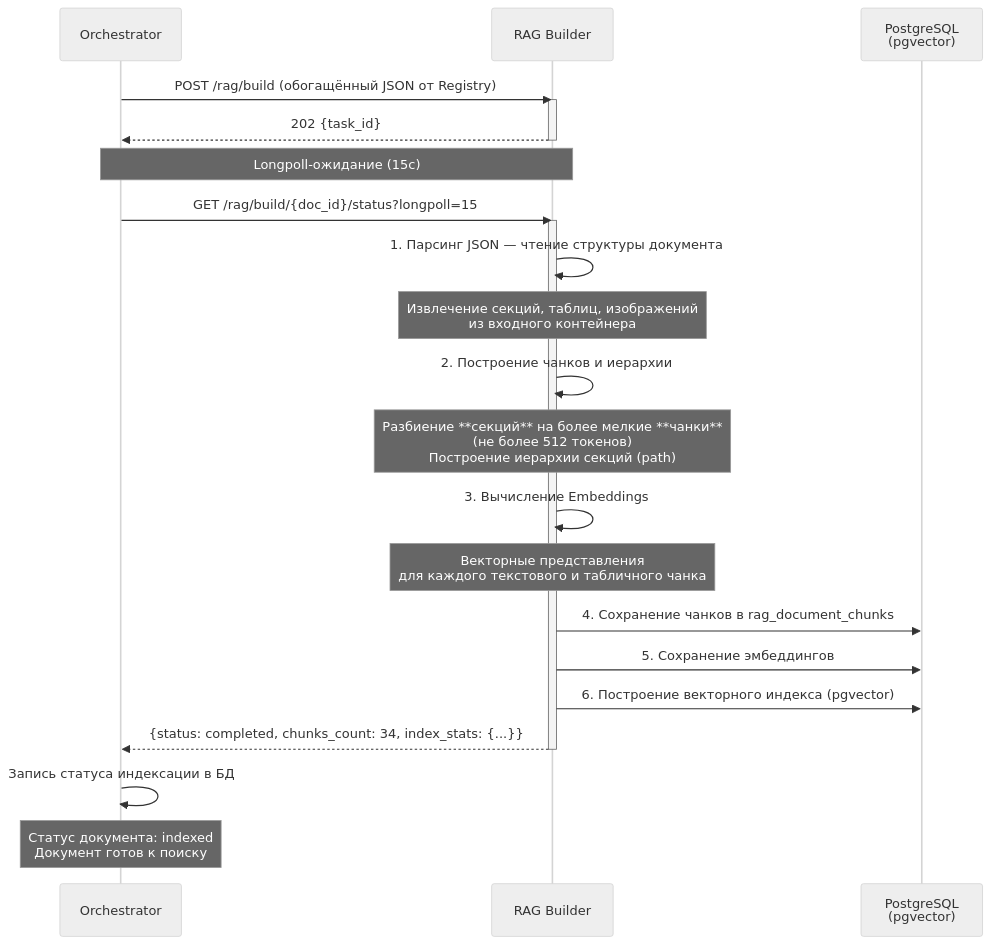
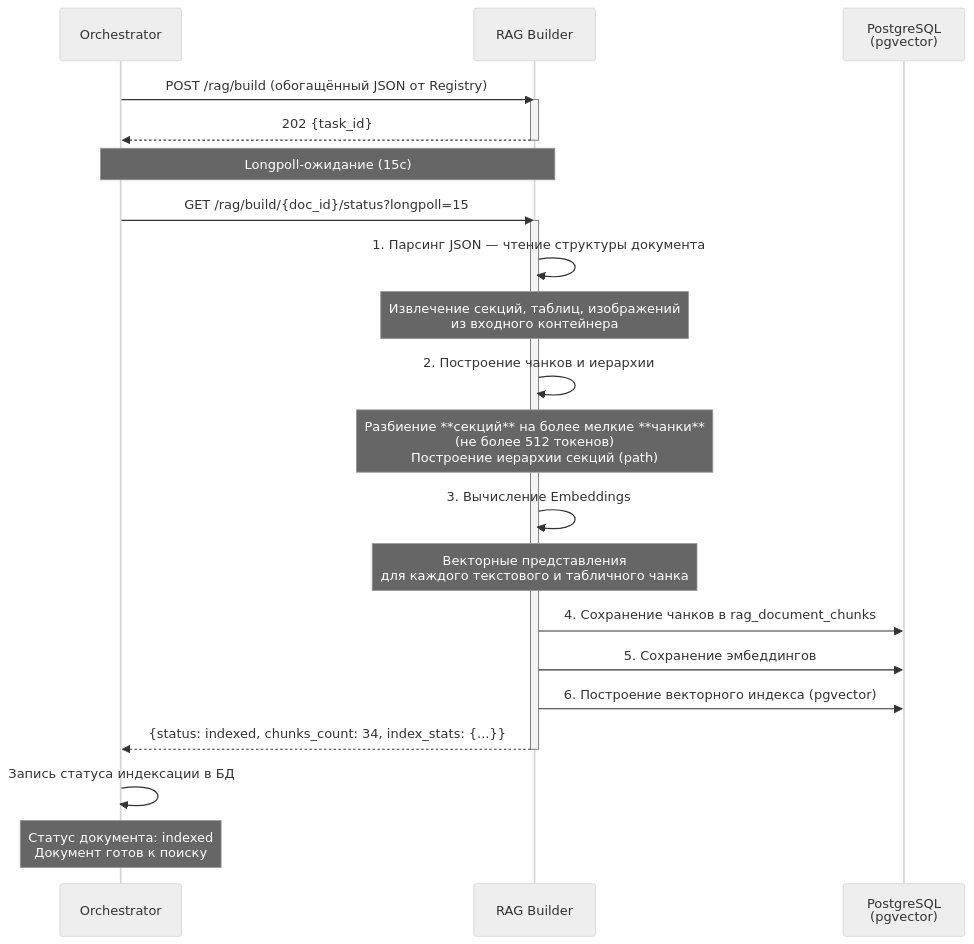
The first of 3 diagrams in docs/pipelines/pipeline2-indexation.md (MasterKSAF/PKB), drawn with Mermaid (neutral theme) before and after one commit. The commit also changed other lines of this file and 4 other files, not shown here.

````diff
--- a/docs/pipelines/pipeline2-indexation.md
+++ b/docs/pipelines/pipeline2-indexation.md
@@ -11,35 +11,35 @@
 ```mermaid
 sequenceDiagram
     participant Orch as Orchestrator
     participant RAGi as RAG Builder
     participant DB as PostgreSQL<br/>(pgvector)
 
     Orch->>RAGi: POST /rag/build (обогащённый JSON от Registry)
     activate RAGi
     RAGi-->>Orch: 202 {task_id}
     deactivate RAGi
 
     Note over Orch,RAGi: Longpoll-ожидание (15с)
 
     Orch->>RAGi: GET /rag/build/{doc_id}/status?longpoll=15
     activate RAGi
 
     RAGi->>RAGi: 1. Парсинг JSON — чтение структуры документа
     Note over RAGi: Извлечение секций, таблиц, изображений<br/>из входного контейнера
 
     RAGi->>RAGi: 2. Построение чанков и иерархии
     Note over RAGi: Разбиение **секций** на более мелкие **чанки**<br/>(не более 512 токенов)<br/>Построение иерархии секций (path)
 
     RAGi->>RAGi: 3. Вычисление Embeddings
     Note over RAGi: Векторные представления<br/>для каждого текстового и табличного чанка
 
     RAGi->>DB: 4. Сохранение чанков в rag_document_chunks
     RAGi->>DB: 5. Сохранение эмбеддингов
     RAGi->>DB: 6. Построение векторного индекса (pgvector)
 
-    RAGi-->>Orch: {status: completed, chunks_count: 34, index_stats: {...}}
+    RAGi-->>Orch: {status: indexed, chunks_count: 34, index_stats: {...}}
     deactivate RAGi
 
     Orch->>Orch: Запись статуса индексации в БД
     Note over Orch: Статус документа: indexed<br/>Документ готов к поиску
 ```
````
